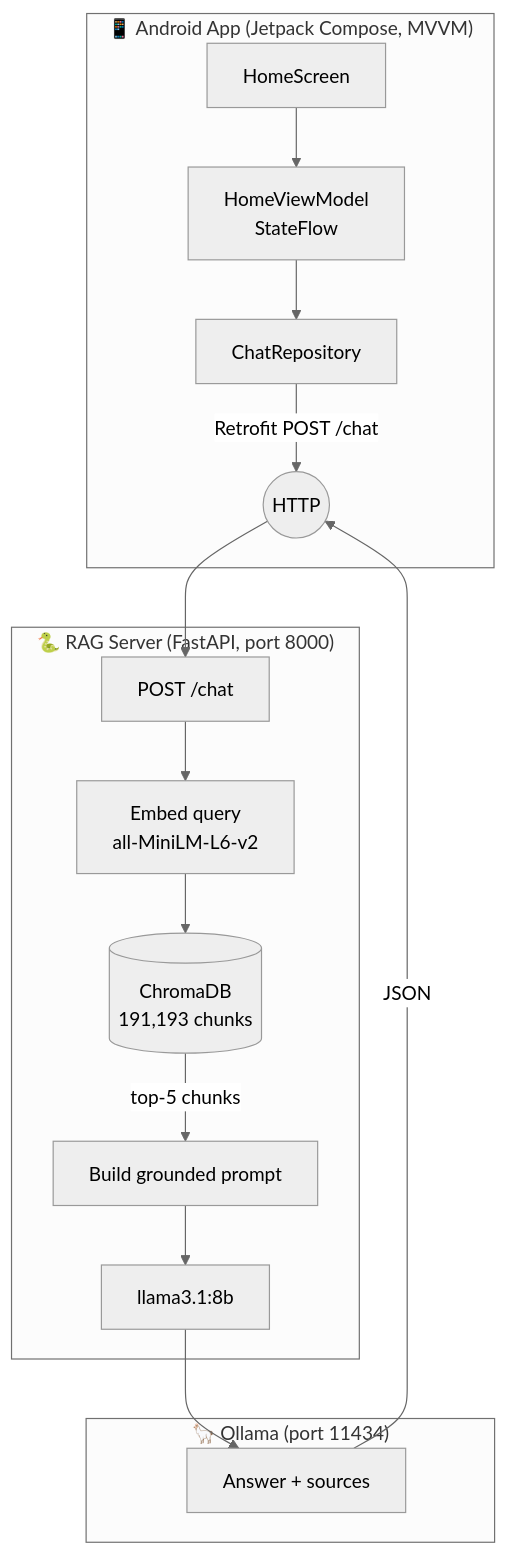
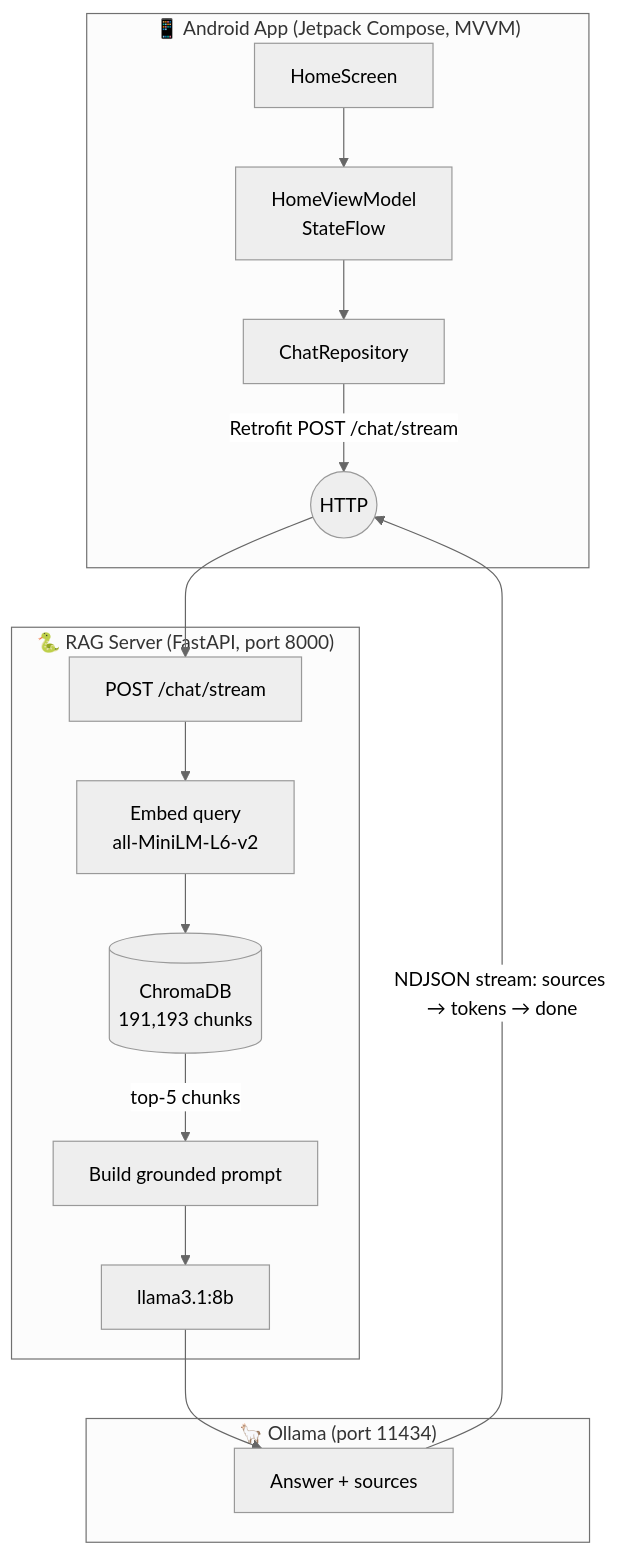
One commit to PopToTheRock/VideoGameWizard changed the first of 2 diagrams in README.md. Above: the diagram before and after it, drawn with Mermaid (neutral theme). The commit also changed other lines of this file, not shown here.

````diff
--- a/README.md
+++ b/README.md
@@ -45,23 +45,23 @@
 ```mermaid
 flowchart TD
     subgraph Device["📱 Android App (Jetpack Compose, MVVM)"]
         UI[HomeScreen] --> VM[HomeViewModel<br/>StateFlow]
         VM --> Repo[ChatRepository]
-        Repo -->|Retrofit POST /chat| Net
+        Repo -->|Retrofit POST /chat/stream| Net
     end
 
     Net((HTTP)) --> Server
 
     subgraph Backend["🐍 RAG Server (FastAPI, port 8000)"]
-        Server[POST /chat] --> Embed[Embed query<br/>all-MiniLM-L6-v2]
+        Server[POST /chat/stream] --> Embed[Embed query<br/>all-MiniLM-L6-v2]
         Embed --> Chroma[(ChromaDB<br/>191,193 chunks)]
         Chroma -->|top-5 chunks| Prompt[Build grounded prompt]
         Prompt --> Ollama
     end
 
     subgraph LLM["🦙 Ollama (port 11434)"]
         Ollama[llama3.1:8b] --> Answer[Answer + sources]
     end
 
-    Answer -->|JSON| Net
+    Answer -->|NDJSON stream: sources → tokens → done| Net
 ```
````
